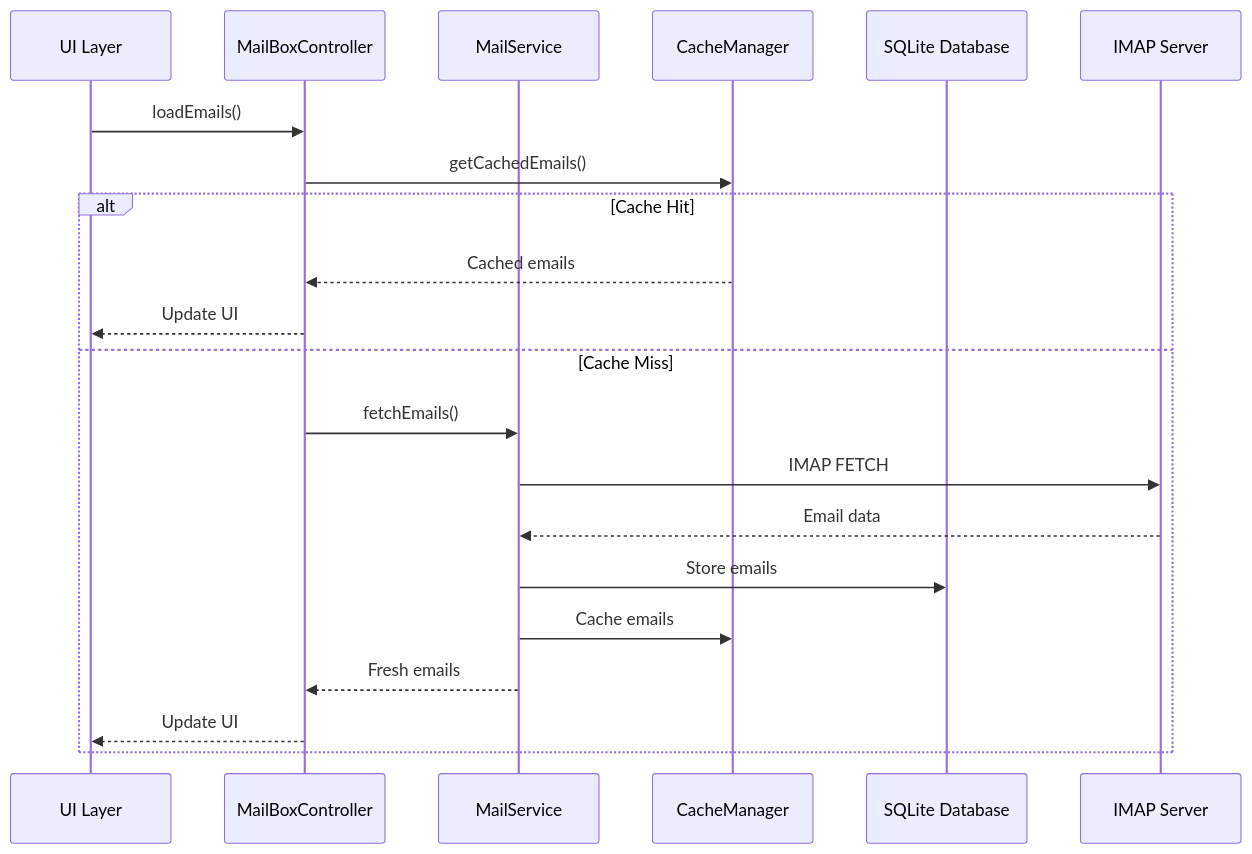
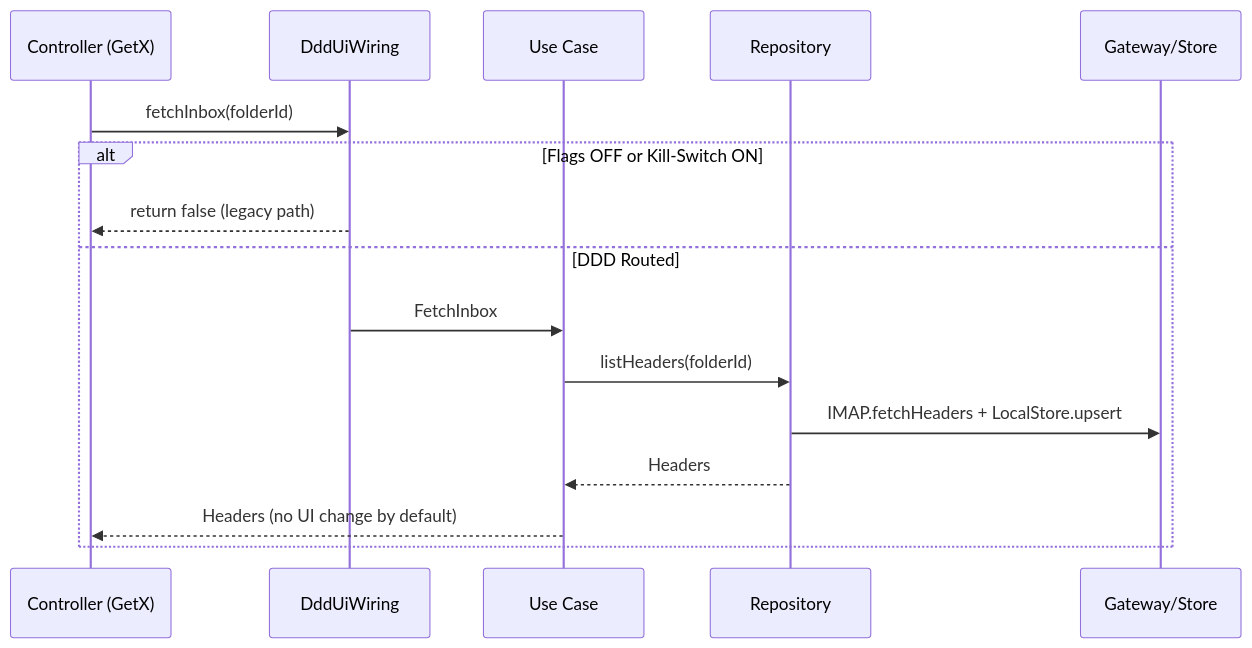
The first of 2 diagrams in docs/ARCHITECTURE.md (dfangys/dits.ly.wahdamail), drawn with Mermaid before and after one commit. The commit also changed other lines of this file and 5 other files, not shown here.

````diff
--- a/docs/ARCHITECTURE.md
+++ b/docs/ARCHITECTURE.md
@@ -166,25 +141,19 @@
 ```mermaid
 sequenceDiagram
-    participant UI as UI Layer
-    participant Controller as MailBoxController
-    participant Service as MailService
-    participant Cache as CacheManager
-    participant DB as SQLite Database
-    participant Server as IMAP Server
+  participant UI as Controller (GetX)
+  participant W as DddUiWiring
+  participant UC as Use Case
+  participant REPO as Repository
+  participant GW as Gateway/Store
 
-    UI->>Controller: loadEmails()
-    Controller->>Cache: getCachedEmails()
-    
-    alt Cache Hit
-        Cache-->>Controller: Cached emails
-        Controller-->>UI: Update UI
-    else Cache Miss
-        Controller->>Service: fetchEmails()
-        Service->>Server: IMAP FETCH
-        Server-->>Service: Email data
-        Service->>DB: Store emails
-        Service->>Cache: Cache emails
-        Service-->>Controller: Fresh emails
-        Controller-->>UI: Update UI
-    end
+  UI->>W: fetchInbox(folderId)
+  alt Flags OFF or Kill-Switch ON
+    W-->>UI: return false (legacy path)
+  else DDD Routed
+    W->>UC: FetchInbox
+    UC->>REPO: listHeaders(folderId)
+    REPO->>GW: IMAP.fetchHeaders + LocalStore.upsert
+    REPO-->>UC: Headers
+    UC-->>UI: Headers (no UI change by default)
+  end
 ```
````
